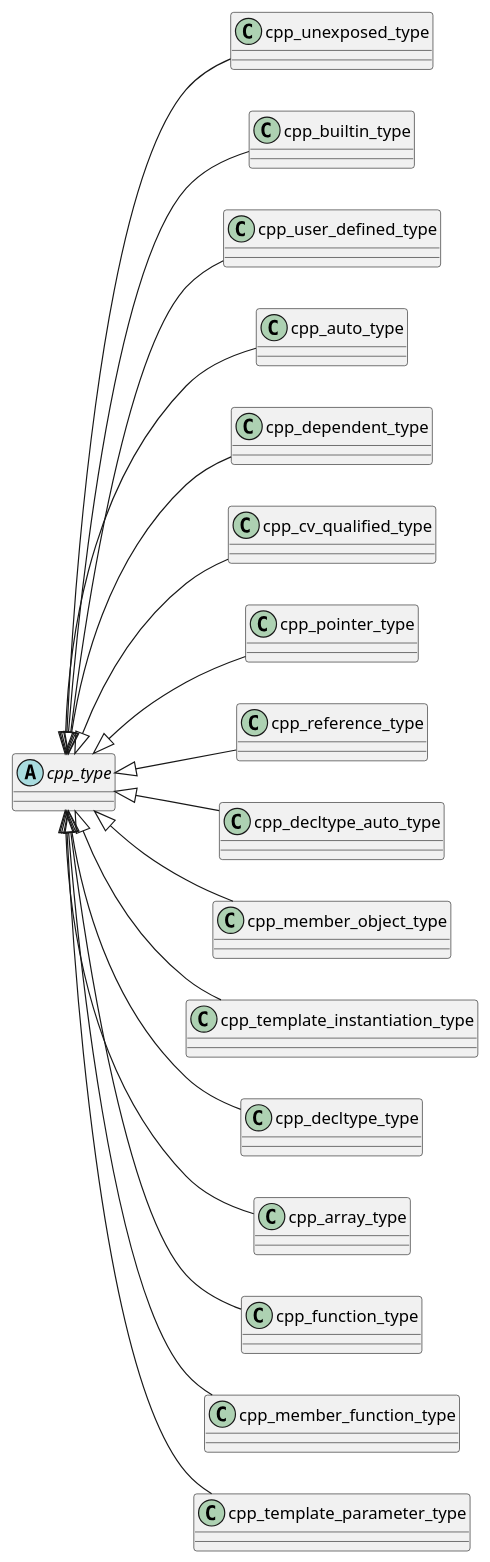
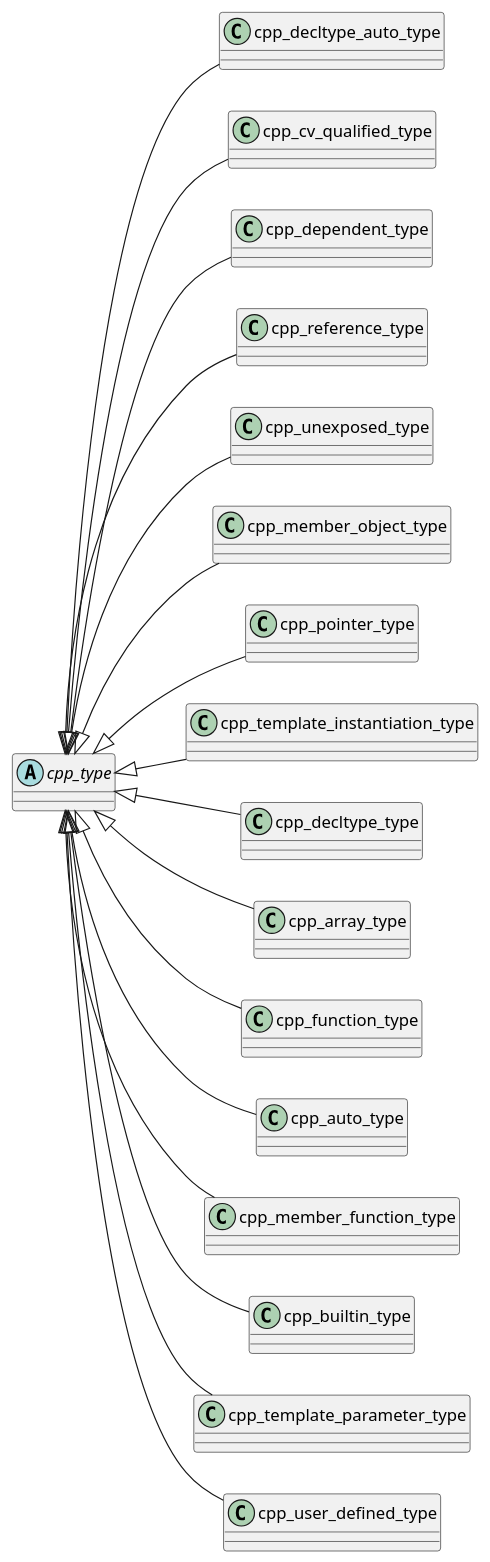
The diagram in cppast/puml/cpp_type_class_hierarchy_diagram.puml (bkryza/clang-uml-examples), drawn with PlantUML before and after one commit. The commit also changed 33 other files, not shown here.

Commit message:
Added makefiles for automated building of example diagrams

```diff
--- a/cppast/puml/cpp_type_class_hierarchy_diagram.puml
+++ b/cppast/puml/cpp_type_class_hierarchy_diagram.puml
@@ -1,70 +1,70 @@
 @startuml
 left to right direction
-abstract "cpp_type" as C_0001585653041236922459
-abstract C_0001585653041236922459 [[https://github.com/foonathan/cppast/blob/f81be80b524a88533f7e5eefd96fe10dc59cc289/include/cppast/cpp_type.hpp#L44{Base class for all C++ types.}]] {
-}
-class "cpp_unexposed_type" as C_0000601730303705395408
-class C_0000601730303705395408 [[https://github.com/foonathan/cppast/blob/f81be80b524a88533f7e5eefd96fe10dc59cc289/include/cppast/cpp_type.hpp#L95{An unexposed [cppast::cpp_type](). This is one where no further information besides a name is available.}]] {
-}
-class "cpp_builtin_type" as C_0002035785082080260407
-class C_0002035785082080260407 [[https://github.com/foonathan/cppast/blob/f81be80b524a88533f7e5eefd96fe10dc59cc289/include/cppast/cpp_type.hpp#L161{A builtin [cppast::cpp_type](). This is one where there is no associated [cppast::cpp_entity]().}]] {
-}
-class "cpp_user_defined_type" as C_0002166954434825938188
-class C_0002166954434825938188 [[https://github.com/foonathan/cppast/blob/f81be80b524a88533f7e5eefd96fe10dc59cc289/include/cppast/cpp_type.hpp#L202{A user-defined [cppast::cpp_type](). It has an associated [cppast::cpp_entity]().}]] {
-}
-class "cpp_auto_type" as C_0001809003368459807767
-class C_0001809003368459807767 [[https://github.com/foonathan/cppast/blob/f81be80b524a88533f7e5eefd96fe10dc59cc289/include/cppast/cpp_type.hpp#L230{A [cppast::cpp_type]() that isn't given but deduced by `auto`.}]] {
-}
-class "cpp_dependent_type" as C_0000507998479194737071
-class C_0000507998479194737071 [[https://github.com/foonathan/cppast/blob/f81be80b524a88533f7e5eefd96fe10dc59cc289/include/cppast/cpp_type.hpp#L249{A [cppast::cpp_type]() that depends on another type.}]] {
-}
-class "cpp_cv_qualified_type" as C_0000342846994454958214
-class C_0000342846994454958214 [[https://github.com/foonathan/cppast/blob/f81be80b524a88533f7e5eefd96fe10dc59cc289/include/cppast/cpp_type.hpp#L311{A [cppast::cpp_cv]() qualified [cppast::cpp_type]().}]] {
-}
-class "cpp_pointer_type" as C_0000861535705589766807
-class C_0000861535705589766807 [[https://github.com/foonathan/cppast/blob/f81be80b524a88533f7e5eefd96fe10dc59cc289/include/cppast/cpp_type.hpp#L359{A pointer to a [cppast::cpp_type]().}]] {
-}
-class "cpp_reference_type" as C_0000600573949475383075
-class C_0000600573949475383075 [[https://github.com/foonathan/cppast/blob/f81be80b524a88533f7e5eefd96fe10dc59cc289/include/cppast/cpp_type.hpp#L394{A reference to a [cppast::cpp_type]().}]] {
-}
 class "cpp_decltype_auto_type" as C_0000026248340214462662
 class C_0000026248340214462662 [[https://github.com/foonathan/cppast/blob/f81be80b524a88533f7e5eefd96fe10dc59cc289/include/cppast/cppast_fwd.hpp#L27{cpp_decltype_auto_type}]] {
 }
+class "cpp_cv_qualified_type" as C_0000342846994454958214
+class C_0000342846994454958214 [[https://github.com/foonathan/cppast/blob/f81be80b524a88533f7e5eefd96fe10dc59cc289/include/cppast/cppast_fwd.hpp#L26{cpp_cv_qualified_type}]] {
+}
+class "cpp_dependent_type" as C_0000507998479194737071
+class C_0000507998479194737071 [[https://github.com/foonathan/cppast/blob/f81be80b524a88533f7e5eefd96fe10dc59cc289/include/cppast/cppast_fwd.hpp#L29{cpp_dependent_type}]] {
+}
+class "cpp_reference_type" as C_0000600573949475383075
+class C_0000600573949475383075 [[https://github.com/foonathan/cppast/blob/f81be80b524a88533f7e5eefd96fe10dc59cc289/include/cppast/cppast_fwd.hpp#L58{cpp_reference_type}]] {
+}
+class "cpp_unexposed_type" as C_0000601730303705395408
+class C_0000601730303705395408 [[https://github.com/foonathan/cppast/blob/f81be80b524a88533f7e5eefd96fe10dc59cc289/include/cppast/cppast_fwd.hpp#L74{cpp_unexposed_type}]] {
+}
 class "cpp_member_object_type" as C_0000603633382993980808
 class C_0000603633382993980808 [[https://github.com/foonathan/cppast/blob/f81be80b524a88533f7e5eefd96fe10dc59cc289/include/cppast/cppast_fwd.hpp#L53{cpp_member_object_type}]] {
+}
+class "cpp_pointer_type" as C_0000861535705589766807
+class C_0000861535705589766807 [[https://github.com/foonathan/cppast/blob/f81be80b524a88533f7e5eefd96fe10dc59cc289/include/cppast/cppast_fwd.hpp#L57{cpp_pointer_type}]] {
 }
 class "cpp_template_instantiation_type" as C_0001009421424714355715
 class C_0001009421424714355715 [[https://github.com/foonathan/cppast/blob/f81be80b524a88533f7e5eefd96fe10dc59cc289/include/cppast/cppast_fwd.hpp#L63{cpp_template_instantiation_type}]] {
 }
 class "cpp_decltype_type" as C_0001184982835175222056
 class C_0001184982835175222056 [[https://github.com/foonathan/cppast/blob/f81be80b524a88533f7e5eefd96fe10dc59cc289/include/cppast/cppast_fwd.hpp#L28{cpp_decltype_type}]] {
 }
 class "cpp_array_type" as C_0001347498727659770075
 class C_0001347498727659770075 [[https://github.com/foonathan/cppast/blob/f81be80b524a88533f7e5eefd96fe10dc59cc289/include/cppast/cppast_fwd.hpp#L14{cpp_array_type}]] {
 }
 class "cpp_function_type" as C_0001455852309215570565
 class C_0001455852309215570565 [[https://github.com/foonathan/cppast/blob/f81be80b524a88533f7e5eefd96fe10dc59cc289/include/cppast/cppast_fwd.hpp#L44{cpp_function_type}]] {
 }
+abstract "cpp_type" as C_0001585653041236922459
+abstract C_0001585653041236922459 [[https://github.com/foonathan/cppast/blob/f81be80b524a88533f7e5eefd96fe10dc59cc289/include/cppast/cppast_fwd.hpp#L70{cpp_type}]] {
+}
+class "cpp_auto_type" as C_0001809003368459807767
+class C_0001809003368459807767 [[https://github.com/foonathan/cppast/blob/f81be80b524a88533f7e5eefd96fe10dc59cc289/include/cppast/cppast_fwd.hpp#L16{cpp_auto_type}]] {
+}
 class "cpp_member_function_type" as C_0001956941679276907326
 class C_0001956941679276907326 [[https://github.com/foonathan/cppast/blob/f81be80b524a88533f7e5eefd96fe10dc59cc289/include/cppast/cppast_fwd.hpp#L52{cpp_member_function_type}]] {
+}
+class "cpp_builtin_type" as C_0002035785082080260407
+class C_0002035785082080260407 [[https://github.com/foonathan/cppast/blob/f81be80b524a88533f7e5eefd96fe10dc59cc289/include/cppast/cppast_fwd.hpp#L19{cpp_builtin_type}]] {
 }
 class "cpp_template_parameter_type" as C_0002158322113857881673
 class C_0002158322113857881673 [[https://github.com/foonathan/cppast/blob/f81be80b524a88533f7e5eefd96fe10dc59cc289/include/cppast/cppast_fwd.hpp#L65{cpp_template_parameter_type}]] {
 }
+class "cpp_user_defined_type" as C_0002166954434825938188
+class C_0002166954434825938188 [[https://github.com/foonathan/cppast/blob/f81be80b524a88533f7e5eefd96fe10dc59cc289/include/cppast/cppast_fwd.hpp#L75{cpp_user_defined_type}]] {
+}
+C_0001585653041236922459 <|-- C_0000026248340214462662
+C_0001585653041236922459 <|-- C_0000342846994454958214
+C_0001585653041236922459 <|-- C_0000507998479194737071
+C_0001585653041236922459 <|-- C_0000600573949475383075
 C_0001585653041236922459 <|-- C_0000601730303705395408
-C_0001585653041236922459 <|-- C_0002035785082080260407
-C_0001585653041236922459 <|-- C_0002166954434825938188
-C_0001585653041236922459 <|-- C_0001809003368459807767
-C_0001585653041236922459 <|-- C_0000507998479194737071
-C_0001585653041236922459 <|-- C_0000342846994454958214
+C_0001585653041236922459 <|-- C_0000603633382993980808
 C_0001585653041236922459 <|-- C_0000861535705589766807
-C_0001585653041236922459 <|-- C_0000600573949475383075
-C_0001585653041236922459 <|-- C_0000026248340214462662
-C_0001585653041236922459 <|-- C_0000603633382993980808
 C_0001585653041236922459 <|-- C_0001009421424714355715
 C_0001585653041236922459 <|-- C_0001184982835175222056
 C_0001585653041236922459 <|-- C_0001347498727659770075
 C_0001585653041236922459 <|-- C_0001455852309215570565
+C_0001585653041236922459 <|-- C_0001809003368459807767
 C_0001585653041236922459 <|-- C_0001956941679276907326
+C_0001585653041236922459 <|-- C_0002035785082080260407
 C_0001585653041236922459 <|-- C_0002158322113857881673
+C_0001585653041236922459 <|-- C_0002166954434825938188
 @enduml
```
